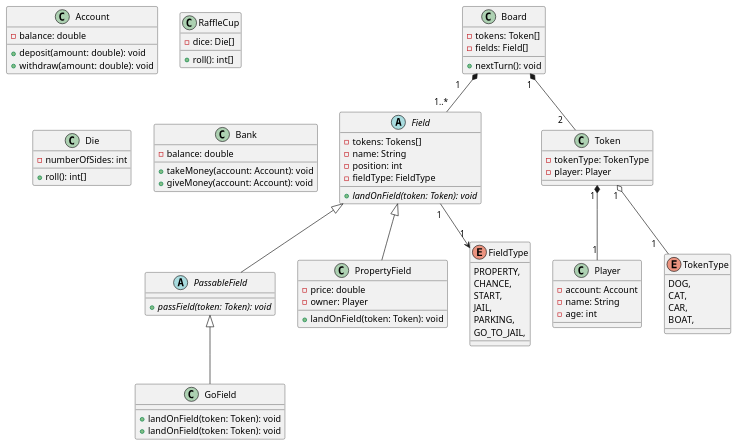
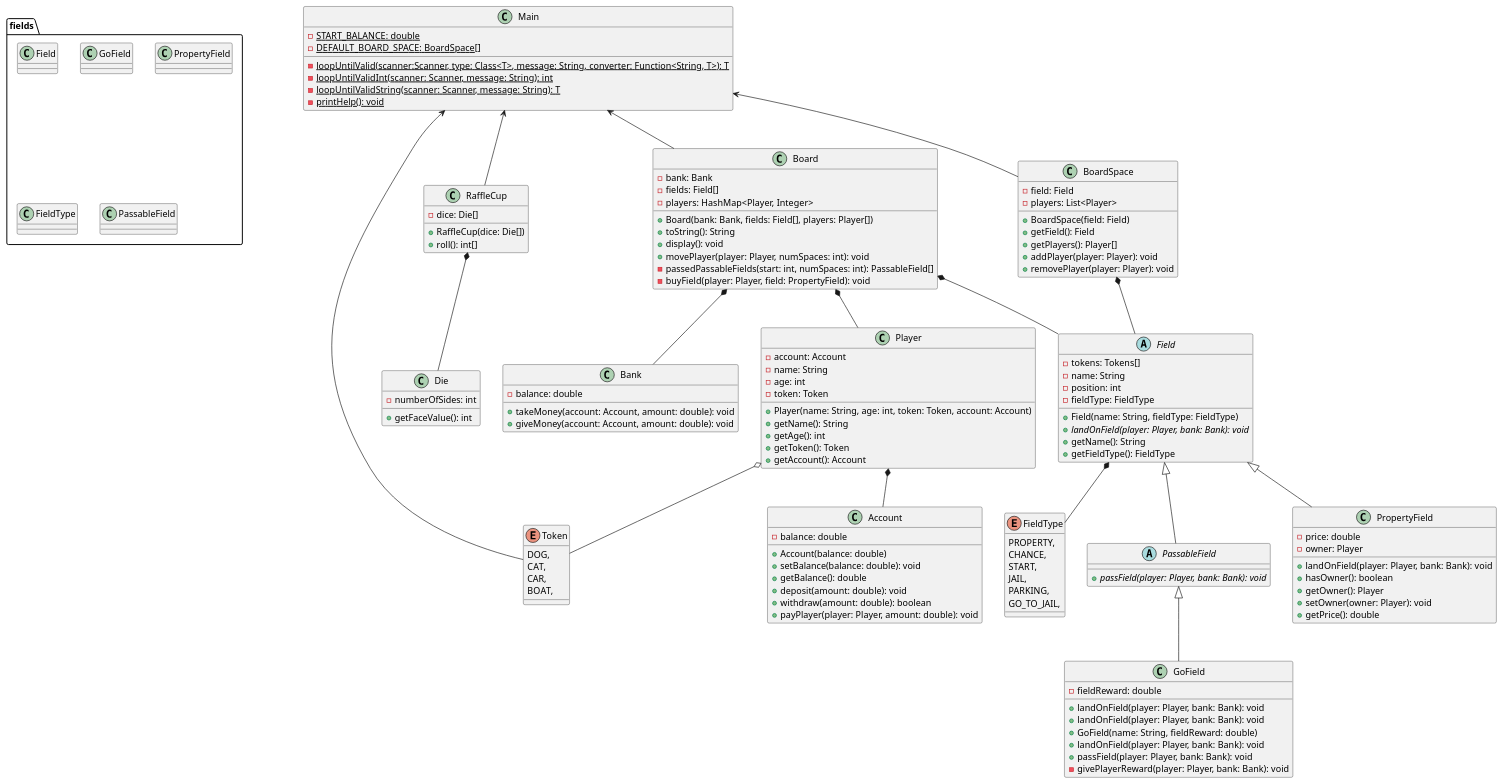
Before and after one commit to DTU-CDIO18/G18-CDIO3: the diagram in documentation/Diagrams/Design_Class_Diagram.wsd, drawn with PlantUML. The commit also changed 2 other files, not shown here.

```diff
--- a/documentation/Diagrams/Design_Class_Diagram.wsd
+++ b/documentation/Diagrams/Design_Class_Diagram.wsd
@@ -1,94 +1,163 @@
 @startuml Design_Class_Diagram
+
+package fields {
+    class Field
+    class GoField
+    class PropertyField
+    class FieldType
+    class PassableField
+}
+
 
 class Account {
     -balance: double
+
+    +Account(balance: double)
+    +setBalance(balance: double): void
+    +getBalance(): double
     +deposit(amount: double): void
-    +withdraw(amount: double): void
+    +withdraw(amount: double): boolean
+    +payPlayer(player: Player, amount: double): void
 }
 
 class RaffleCup {
     -dice: Die[]
+
+    +RaffleCup(dice: Die[])
     +roll(): int[]
 }
 
 class Die {
     -numberOfSides: int
-    +roll(): int[]
+
+    +getFaceValue(): int
 }
 
 class Bank {
     -balance: double
-    +takeMoney(account: Account): void
-    +giveMoney(account: Account): void
+    +takeMoney(account: Account, amount: double): void
+    +giveMoney(account: Account, amount: double): void
 }
 
 class Player {
     -account: Account
     -name: String
     -age: int
+    -token: Token
+
+    +Player(name: String, age: int, token: Token, account: Account)
+    +getName(): String
+    +getAge(): int
+    +getToken(): Token
+    +getAccount(): Account
 }
 
 class Board {
-    -tokens: Token[]
+    -bank: Bank
     -fields: Field[]
+    -players: HashMap<Player, Integer>
 
-    +nextTurn(): void
+    +Board(bank: Bank, fields: Field[], players: Player[])
+    +toString(): String
+    +display(): void
+    +movePlayer(player: Player, numSpaces: int): void
+    -passedPassableFields(start: int, numSpaces: int): PassableField[]
+    -buyField(player: Player, field: PropertyField): void
+}
+
+class BoardSpace {
+    -field: Field
+    -players: List<Player>
+
+    +BoardSpace(field: Field)
+    +getField(): Field
+    +getPlayers(): Player[]
+    +addPlayer(player: Player): void
+    +removePlayer(player: Player): void
 }
 
 abstract class Field {
     -tokens: Tokens[]
     -name: String
     -position: int
     -fieldType: FieldType
-    +{abstract} landOnField(token: Token): void
+    
+    +Field(name: String, fieldType: FieldType)
+    +{abstract} landOnField(player: Player, bank: Bank): void
+    +getName(): String
+    +getFieldType(): FieldType
 }
 
 abstract class PassableField {
-    +{abstract} passField(token: Token): void
+    +{abstract} passField(player: Player, bank: Bank): void
 }
 
 class GoField {
-    +landOnField(token: Token): void
-    +landOnField(token: Token): void
+    +landOnField(player: Player, bank: Bank): void
+    +landOnField(player: Player, bank: Bank): void
+}
+
+class GoField {
+    -fieldReward: double
+
+    +GoField(name: String, fieldReward: double)
+    +landOnField(player: Player, bank: Bank): void
+    +passField(player: Player, bank: Bank): void
+    -givePlayerReward(player: Player, bank: Bank): void
 }
 
 class PropertyField {
     -price: double
     -owner: Player
 
-    +landOnField(token: Token): void
-}
-
-class Token {
-    -tokenType: TokenType
-    -player: Player
+    +landOnField(player: Player, bank: Bank): void
+    +hasOwner(): boolean
+    +getOwner(): Player
+    +setOwner(owner: Player): void
+    +getPrice(): double
 }
 
 enum FieldType {
     PROPERTY,
     CHANCE,
     START,
     JAIL,
     PARKING,
     GO_TO_JAIL,
 }
 
-enum TokenType {
+enum Token {
     DOG,
     CAT,
     CAR,
     BOAT,
 }
 
+class Main {
+    -{static} START_BALANCE: double
+    -{static} DEFAULT_BOARD_SPACE: BoardSpace[]
+
+    -{static} loopUntilValid(scanner:Scanner, type: Class<T>, message: String, converter: Function<String, T>): T
+    -{static} loopUntilValidInt(scanner: Scanner, message: String): int
+    -{static} loopUntilValidString(scanner: Scanner, message: String): T
+    -{static} printHelp(): void
+}
+
 Field <|-- PassableField
 Field <|-- PropertyField 
 PassableField <|-- GoField
-Board "1      " *-- "1..* " Field
-Board "1 " *-- "2    " Token
-Field "1 " --> "1" FieldType
-Token "1 " *-- "1" Player
-Token "1 " o-- "1    " TokenType
-
+RaffleCup *-- Die
+Player *-- Account
+Field *-- FieldType
+Board *-- Bank
+Board *-- Field
+Board *-- Player
+BoardSpace *-- Field
+Main <-- Token
+Player o-- Token
+Main <-- RaffleCup
+Main <-- BoardSpace
+Main <-- Board
 
 
 @enduml
```
